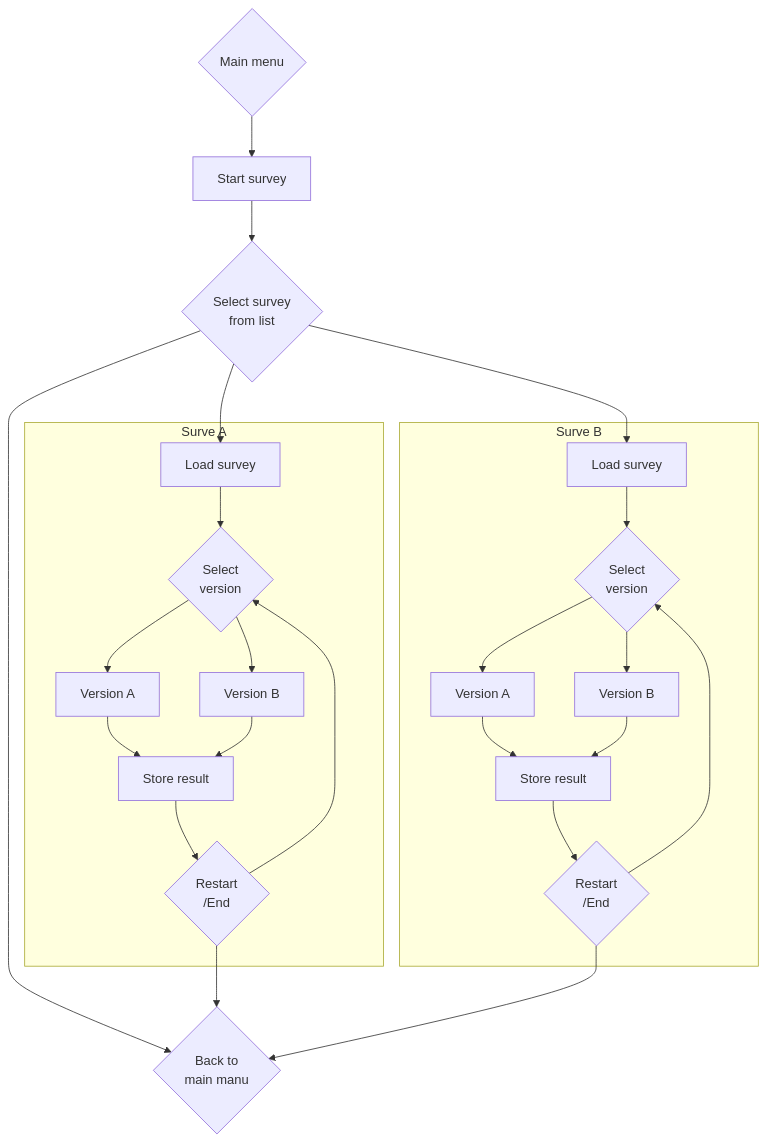
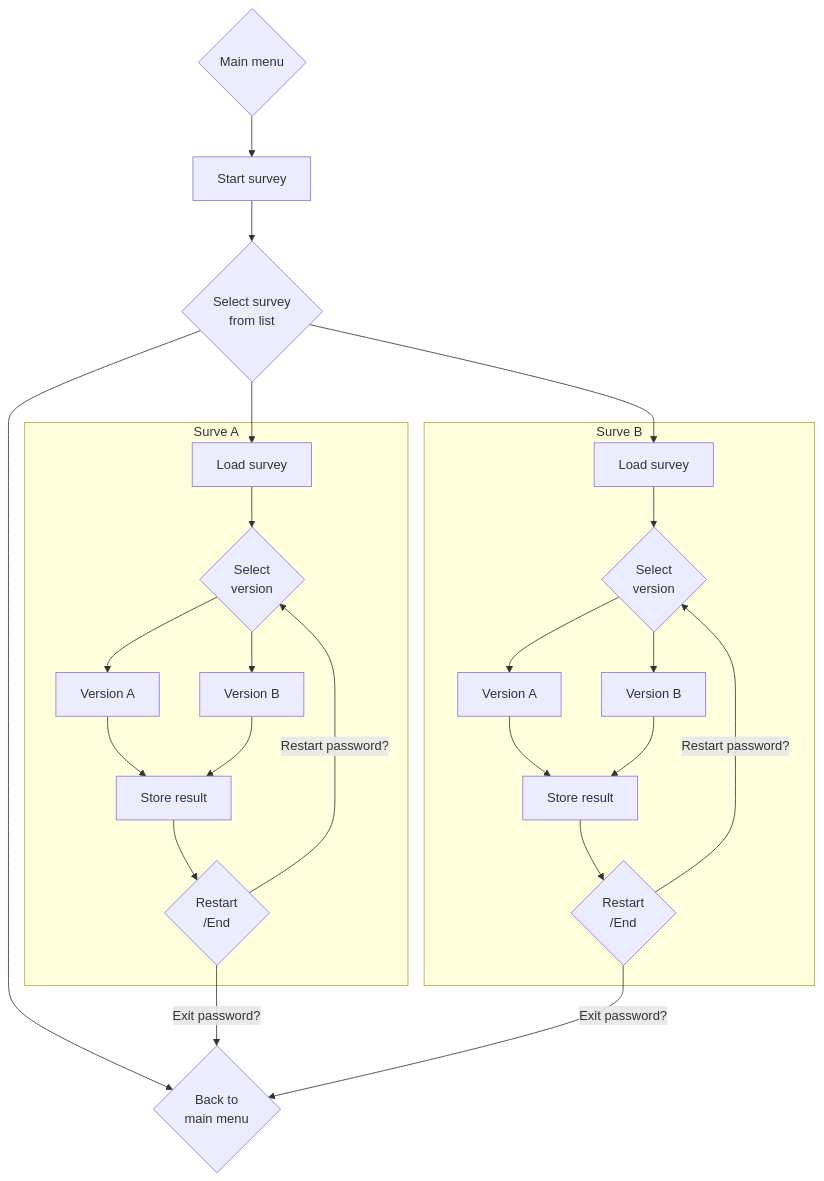
One commit to jonasreholt/SEA changed the diagram in UML/activity_diagrams/fc_run_experiment_experimentee.md. Above: the diagram before and after it, drawn with Mermaid.

Commit message:
Updated with potential password for paths

````diff
--- a/UML/activity_diagrams/fc_run_experiment_experimentee.md
+++ b/UML/activity_diagrams/fc_run_experiment_experimentee.md
@@ -1,28 +1,28 @@
 ```mermaid
 flowchart TD
     Start{Main menu} -->A1[Start survey]
     A1 --> A11{Select survey\n from list}
-    A11 --> A12{Back to \n main manu}
+    A11 --> A12{Back to \n main menu}
     subgraph Surve A
     B1Start --> B1{Select \nversion}
     B1 --> B1.1[Version A]
     B1 --> B1.2[Version B]
     B1.1 --> B1Done[Store result]    
     B1.2 --> B1Done
     B1Done --> B1Final{Restart\n/End}    
-    B1Final --> B1
+    B1Final --> |Restart password?|B1
     end
-    B1Final --> A12
+    B1Final --> |Exit password?|A12
     A11 --> B2Start[Load survey]    
     subgraph Surve B
     B2Start --> B2{Select \nversion}
     B2 --> B2.1[Version A]
     B2 --> B2.2[Version B]
     B2.1 --> B2Done[Store result]    
     B2.2 --> B2Done
     B2Done --> B2Final{Restart\n/End}   
-    B2Final --> B2       
+    B2Final --> |Restart password?|B2       
     end    
     A11 --> B1Start[Load survey]
-    B2Final --> A12
+    B2Final --> |Exit password?|A12
 ```
````
